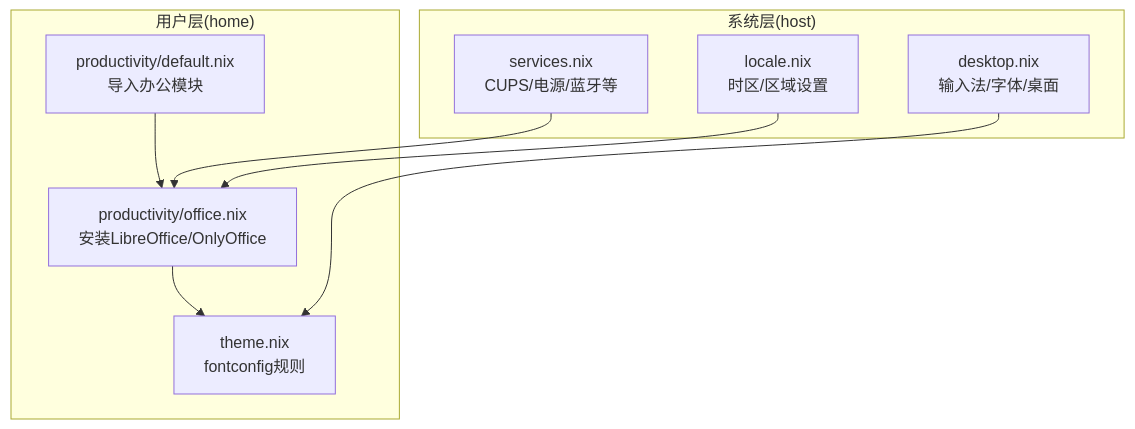
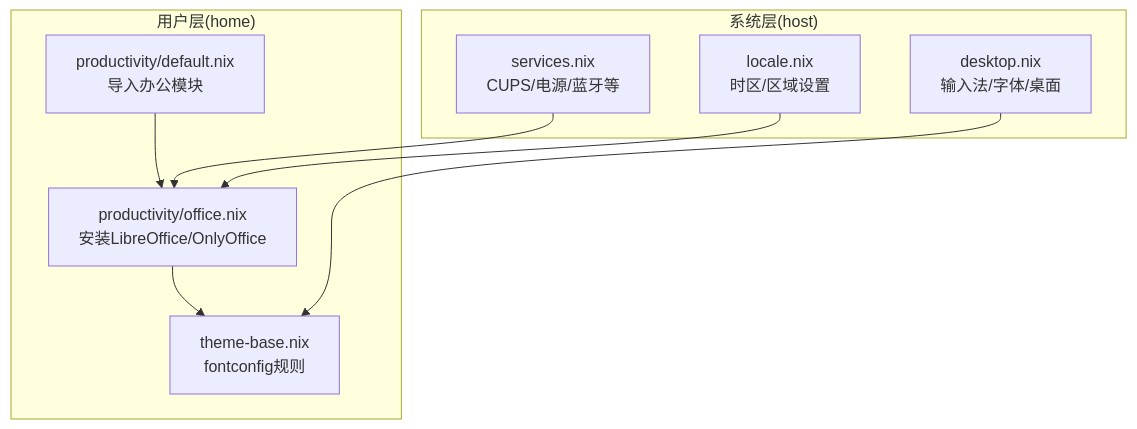
Before and after one commit to Shangshui0302/myNixOSConfig: the first of 2 diagrams in wiki/productivity/office.md, drawn with Mermaid. The commit also changed other lines of this file and 77 other files, not shown here.

````diff
--- a/wiki/productivity/office.md
+++ b/wiki/productivity/office.md
@@ -26,18 +26,18 @@
 ```mermaid
 graph TB
 subgraph "系统层(host)"
 S1["desktop.nix<br/>输入法/字体/桌面"]
 S2["services.nix<br/>CUPS/电源/蓝牙等"]
 S3["locale.nix<br/>时区/区域设置"]
 end
 subgraph "用户层(home)"
 U1["productivity/default.nix<br/>导入办公模块"]
 U2["productivity/office.nix<br/>安装LibreOffice/OnlyOffice"]
-U3["theme.nix<br/>fontconfig规则"]
+U3["theme-base.nix<br/>fontconfig规则"]
 end
 U1 --> U2
 U2 --> U3
 S1 --> U3
 S2 --> U2
 S3 --> U2
 ```
````
